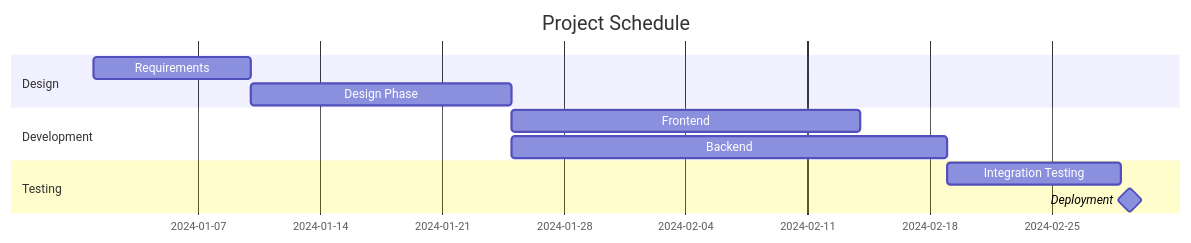
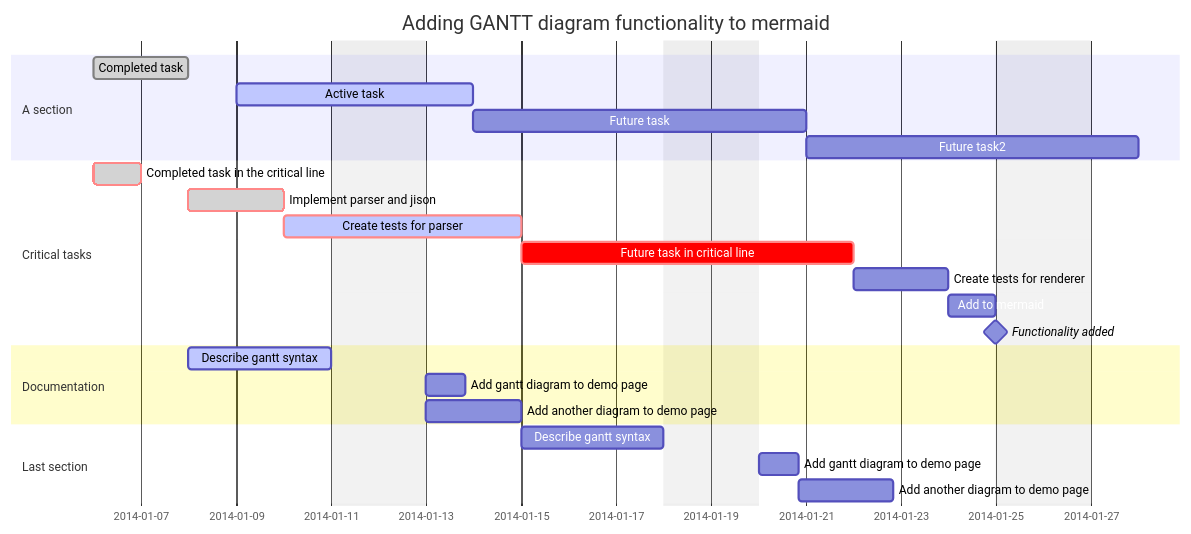
Before and after one commit to teachingai/full-stack-skills: the second of 12 diagrams in skills/mermaid/examples/gantt.md, drawn with Mermaid. The commit also changed other lines of this file and 1 other file, not shown here.

First line of the commit message:
docs(mermaid): 更新甘特图和Git图表示例文档

````diff
--- a/skills/mermaid/examples/gantt.md
+++ b/skills/mermaid/examples/gantt.md
@@ -48,14 +48,32 @@
 ```mermaid
 gantt
-    title Project Schedule
-    dateFormat YYYY-MM-DD
-    section Design
-    Requirements :req1, 2024-01-01, 2024-01-10
-    Design Phase :des1, after req1, 2024-01-25
-    section Development
-    Frontend :front1, after des1, 20d
-    Backend :back1, after des1, 25d
-    section Testing
-    Integration Testing :test1, after front1 back1, 10d
-    Deployment :milestone, deploy1, after test1, 1d
+    dateFormat  YYYY-MM-DD
+    title       Adding GANTT diagram functionality to mermaid
+    excludes    weekends
+    %% (`excludes` accepts specific dates in YYYY-MM-DD format, days of the week ("sunday") or "weekends", but not the word "weekdays".)
+
+    section A section
+    Completed task            :done,    des1, 2014-01-06,2014-01-08
+    Active task               :active,  des2, 2014-01-09, 3d
+    Future task               :         des3, after des2, 5d
+    Future task2              :         des4, after des3, 5d
+
+    section Critical tasks
+    Completed task in the critical line :crit, done, 2014-01-06,24h
+    Implement parser and jison          :crit, done, after des1, 2d
+    Create tests for parser             :crit, active, 3d
+    Future task in critical line        :crit, 5d
+    Create tests for renderer           :2d
+    Add to mermaid                      :until isadded
+    Functionality added                 :milestone, isadded, 2014-01-25, 0d
+
+    section Documentation
+    Describe gantt syntax               :active, a1, after des1, 3d
+    Add gantt diagram to demo page      :after a1  , 20h
+    Add another diagram to demo page    :doc1, after a1  , 48h
+
+    section Last section
+    Describe gantt syntax               :after doc1, 3d
+    Add gantt diagram to demo page      :20h
+    Add another diagram to demo page    :48h
 ```
````
